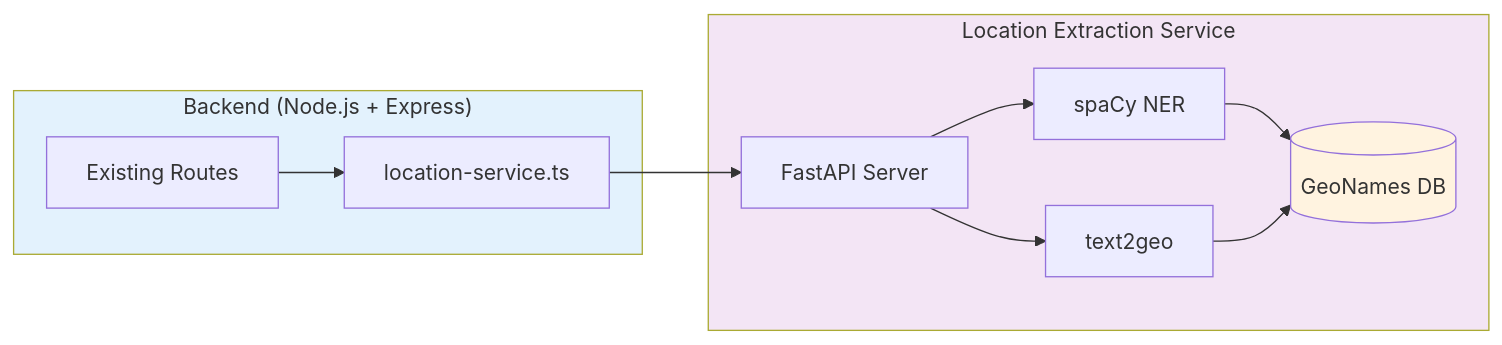
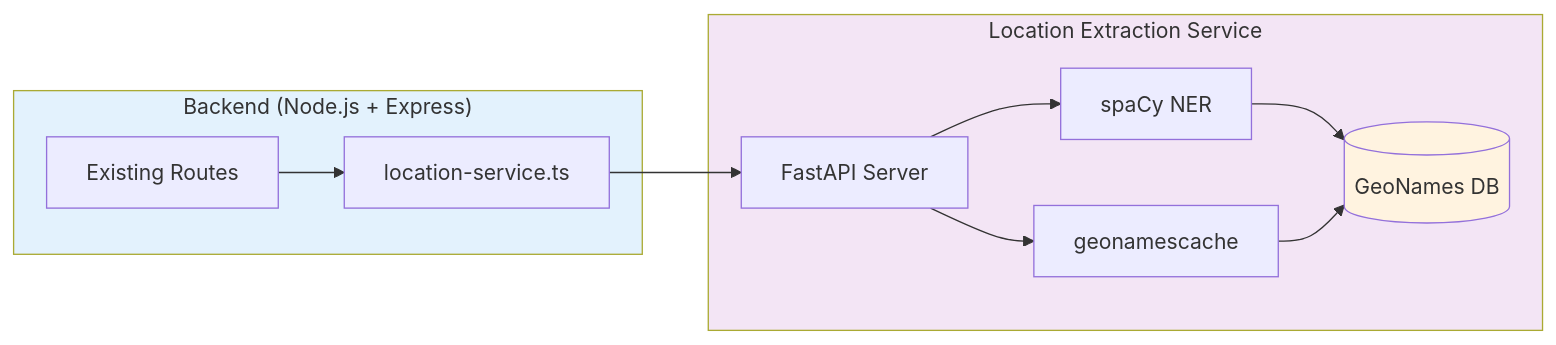
Before and after one commit to ConnectedWanderer/living-map: the second of 2 diagrams in docs/architecture/location-extraction.md, drawn with Mermaid. The commit also changed other lines of this file and 15 other files, not shown here.

Commit message:
feat: replace text2geo with geonamescache and rename --stages-3-4 to --geocoding

````diff
--- a/docs/architecture/location-extraction.md
+++ b/docs/architecture/location-extraction.md
@@ -247,18 +294,18 @@
 ```mermaid
 flowchart LR
     subgraph Backend["Backend (Node.js + Express)"]
         A[Existing Routes] --> B[location-service.ts]
     end
 
     subgraph LocationService["Location Extraction Service"]
         B --> C[FastAPI Server]
         C --> D[spaCy NER]
-        C --> E[text2geo]
+        C --> E[geonamescache]
         D --> F[(GeoNames DB)]
         E --> F
     end
 
     style Backend fill:#e3f2fd
     style LocationService fill:#f3e5f5
     style F fill:#fff3e0
 ```
````
